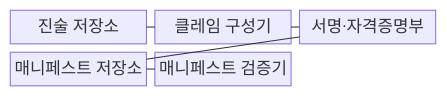
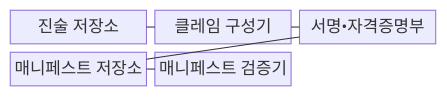
Before and after one commit to agnusdei1207/knowledge-base: the first of 2 diagrams in src/content/docs/notes/08-latest-tech/127_c2pa_content_provenance_standard.md, drawn with Mermaid. The commit also changed other lines of this file and 953 other files, not shown here.

````diff
--- a/src/content/docs/notes/08-latest-tech/127_c2pa_content_provenance_standard.md
+++ b/src/content/docs/notes/08-latest-tech/127_c2pa_content_provenance_standard.md
@@ -68,13 +68,13 @@
 ```mermaid
 block-beta
   columns 3
   assertion["진술 저장소"]
   claim["클레임 구성기"]
-  signer["서명·자격증명부"]
+  signer["서명•자격증명부"]
   manifest["매니페스트 저장소"]
   verifier["매니페스트 검증기"]
   assertion --- claim
   claim --- signer
   signer --- manifest
   manifest --- verifier
 ```
````
